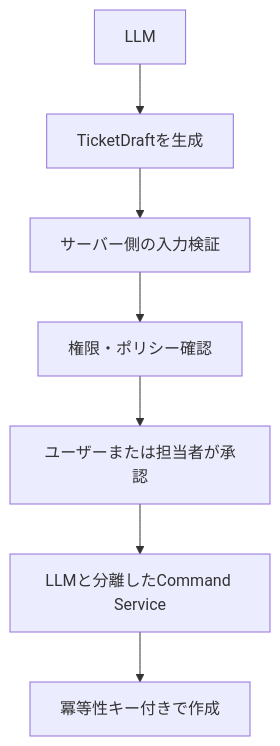
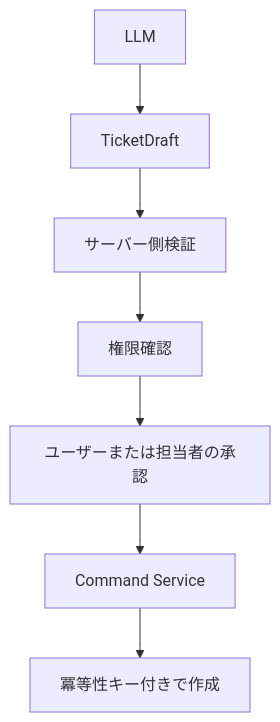
The fourth of 4 diagrams in articles/databricks-agentops-zenn.md (aymkbyshi/databricks-agentops-customer-support), drawn with Mermaid before and after one commit. The commit also changed other lines of this file, not shown here.

````diff
--- a/articles/databricks-agentops-zenn.md
+++ b/articles/databricks-agentops-zenn.md
@@ -289,9 +478,9 @@
 ```mermaid
 flowchart TD
-    A[LLM] --> B[TicketDraftを生成]
-    B --> C[サーバー側の入力検証]
-    C --> D[権限・ポリシー確認]
-    D --> E[ユーザーまたは担当者が承認]
-    E --> F[LLMと分離したCommand Service]
+    A[LLM] --> B[TicketDraft]
+    B --> C[サーバー側検証]
+    C --> D[権限確認]
+    D --> E[ユーザーまたは担当者の承認]
+    E --> F[Command Service]
     F --> G[冪等性キー付きで作成]
 ```
````
